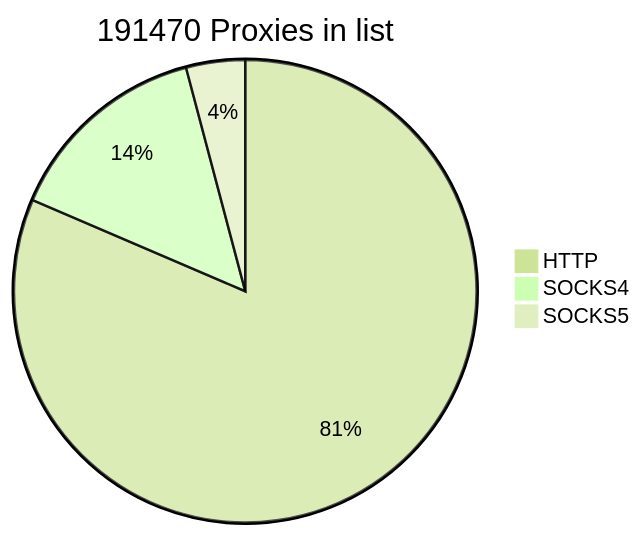
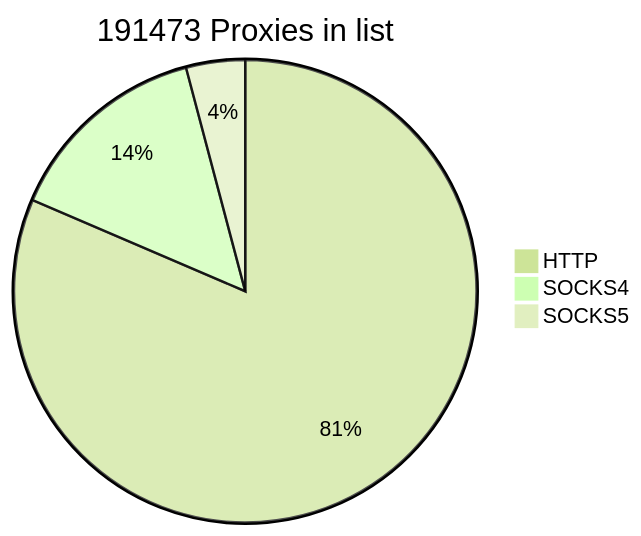
One commit to cutipu/proxylist changed the first of 2 diagrams in README.md. Above: the diagram before and after it, drawn with Mermaid (forest theme). The commit also changed other lines of this file, not shown here.

````diff
--- a/README.md
+++ b/README.md
@@ -2,7 +2,7 @@
 ```mermaid
-pie title 191470 Proxies in list
-    "HTTP" : 155934
+pie title 191473 Proxies in list
+    "HTTP" : 155937
     "SOCKS4" : 27646
     "SOCKS5" : 7890
             
 ```
````
